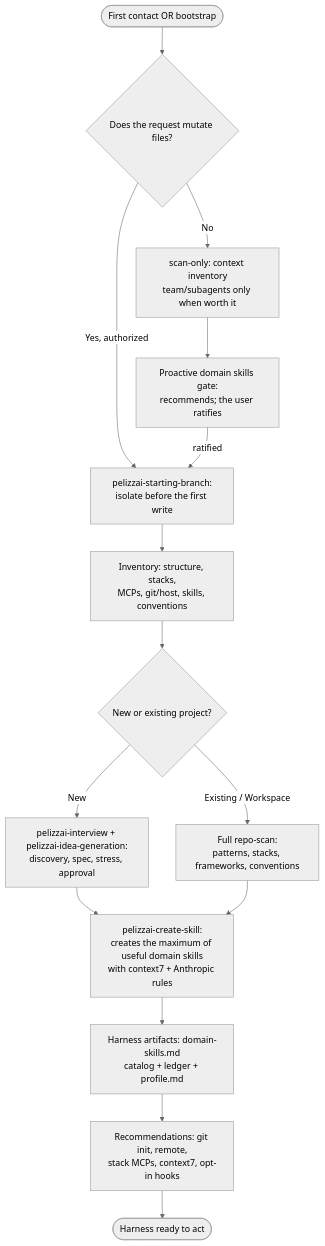
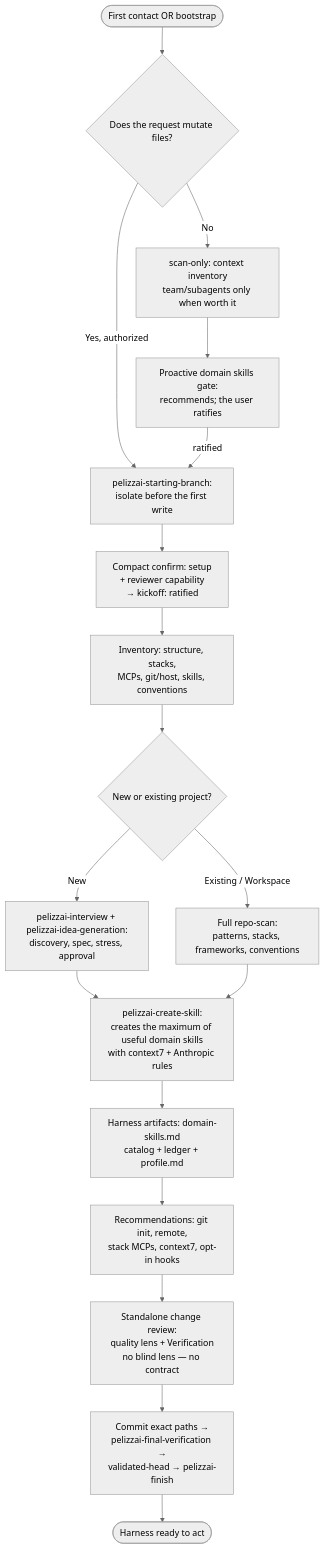
The diagram in dist/.claude/skills/pelizzai-audit/SKILL.md (rpelizza/PelizzAI), drawn with Mermaid (neutral theme) before and after one commit. The commit also changed other lines of this file and 31 other files, not shown here.

````diff
--- a/dist/.claude/skills/pelizzai-audit/SKILL.md
+++ b/dist/.claude/skills/pelizzai-audit/SKILL.md
@@ -126,17 +126,20 @@
 ```mermaid
 flowchart TD
     Start([First contact OR bootstrap]) --> Mode{Does the request mutate files?}
     Mode -- No --> Scan[scan-only: context inventory\nteam/subagents only when worth it]
     Scan --> Gate[Proactive domain skills gate:\nrecommends; the user ratifies]
     Mode -- Yes, authorized --> Iso[pelizzai-starting-branch:\nisolate before the first write]
     Gate -- ratified --> Iso
-    Iso --> Inv[Inventory: structure, stacks,\nMCPs, git/host, skills, conventions]
+    Iso --> Kick[Compact confirm: setup\n+ reviewer capability\n→ kickoff: ratified]
+    Kick --> Inv[Inventory: structure, stacks,\nMCPs, git/host, skills, conventions]
     Inv --> New{New or existing project?}
     New -- New --> Bra[pelizzai-interview + pelizzai-idea-generation:\ndiscovery, spec, stress, approval]
     Bra --> Wri
     New -- Existing / Workspace --> Rep[Full repo-scan:\npatterns, stacks, frameworks, conventions]
     Rep --> Wri[pelizzai-create-skill:\ncreates the maximum of useful domain skills\nwith context7 + Anthropic rules]
     Wri --> Doc[Harness artifacts: domain-skills.md\ncatalog + ledger + profile.md]
     Doc --> Rec[Recommendations: git init, remote,\nstack MCPs, context7, opt-in hooks]
-    Rec --> End([Harness ready to act])
+    Rec --> Rev[Standalone change review:\nquality lens + Verification\nno blind lens — no contract]
+    Rev --> Seal[Commit exact paths →\npelizzai-final-verification →\nvalidated-head → pelizzai-finish]
+    Seal --> End([Harness ready to act])
 ```
````
